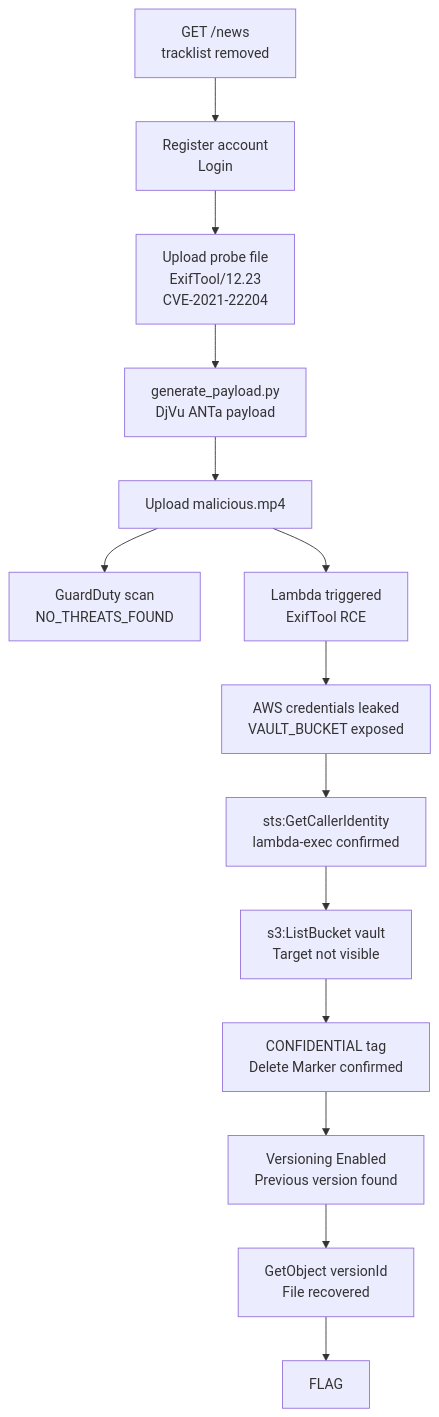
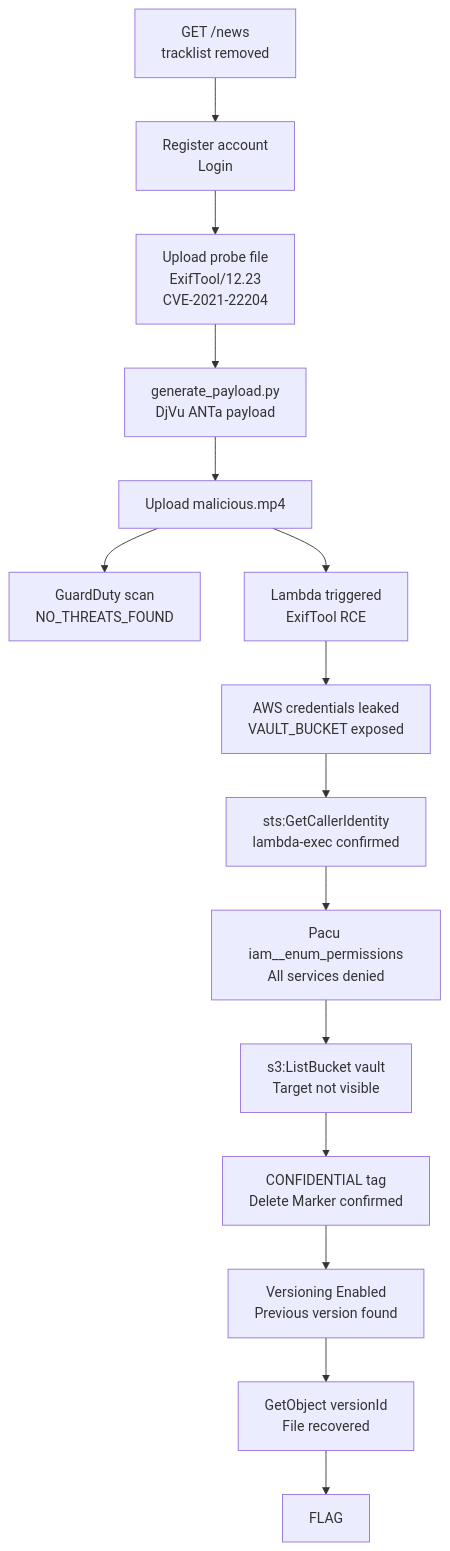
One commit to Beaver-Dam-Community/GnawLab changed the diagram in scenarios/aws/07-cve/hidden-track/README.md. Above: the diagram before and after it, drawn with Mermaid.

Commit message:
docs: add Pacu enumeration node to hidden-track attack flow diagram

````diff
--- a/scenarios/aws/07-cve/hidden-track/README.md
+++ b/scenarios/aws/07-cve/hidden-track/README.md
@@ -72,17 +72,18 @@
 ```mermaid
 flowchart TB
     A["GET /news<br/>tracklist removed"] --> B["Register account<br/>Login"]
     B --> C["Upload probe file<br/>ExifTool/12.23<br/>CVE-2021-22204"]
     C --> D["generate_payload.py<br/>DjVu ANTa payload"]
     D --> E["Upload malicious.mp4"]
     E --> F["GuardDuty scan<br/>NO_THREATS_FOUND"]
     E --> G["Lambda triggered<br/>ExifTool RCE"]
     G --> H["AWS credentials leaked<br/>VAULT_BUCKET exposed"]
     H --> I["sts:GetCallerIdentity<br/>lambda-exec confirmed"]
-    I --> J["s3:ListBucket vault<br/>Target not visible"]
+    I --> I2["Pacu iam__enum_permissions<br/>All services denied"]
+    I2 --> J["s3:ListBucket vault<br/>Target not visible"]
     J --> K["CONFIDENTIAL tag<br/>Delete Marker confirmed"]
     K --> L["Versioning Enabled<br/>Previous version found"]
     L --> M["GetObject versionId<br/>File recovered"]
     M --> N["FLAG"]
 
 ```
````
